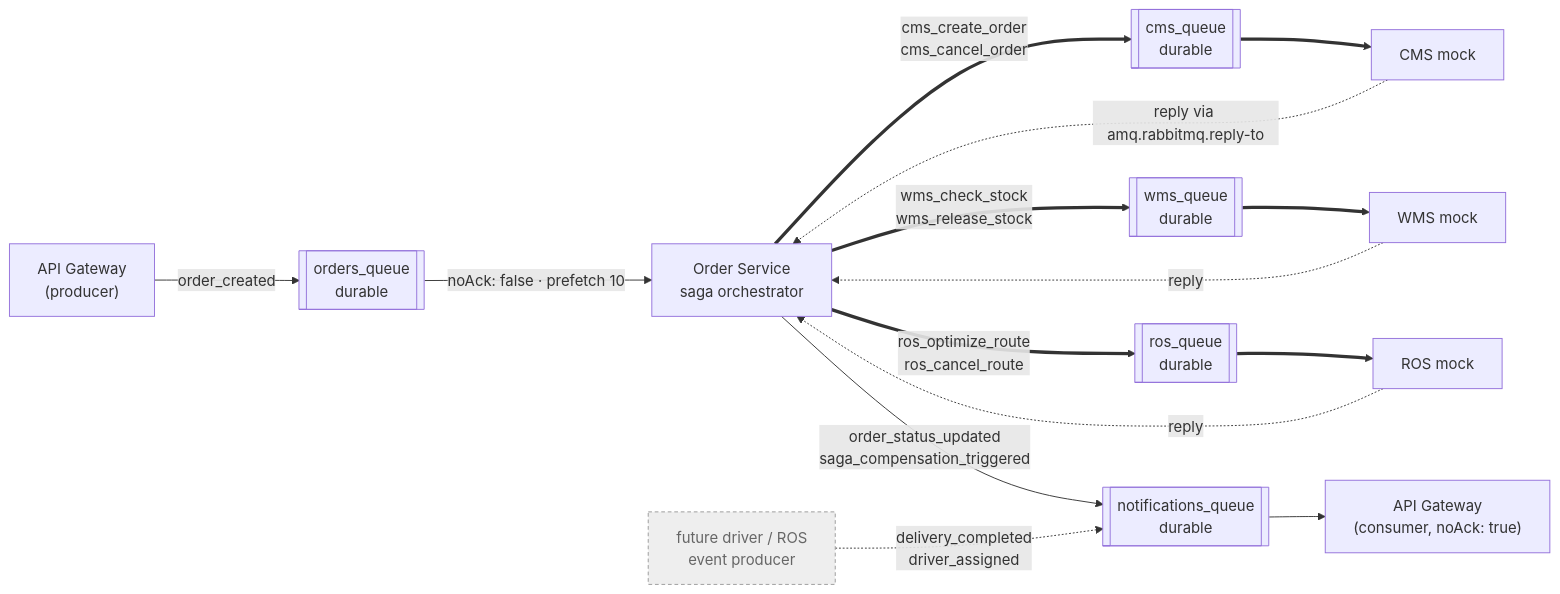
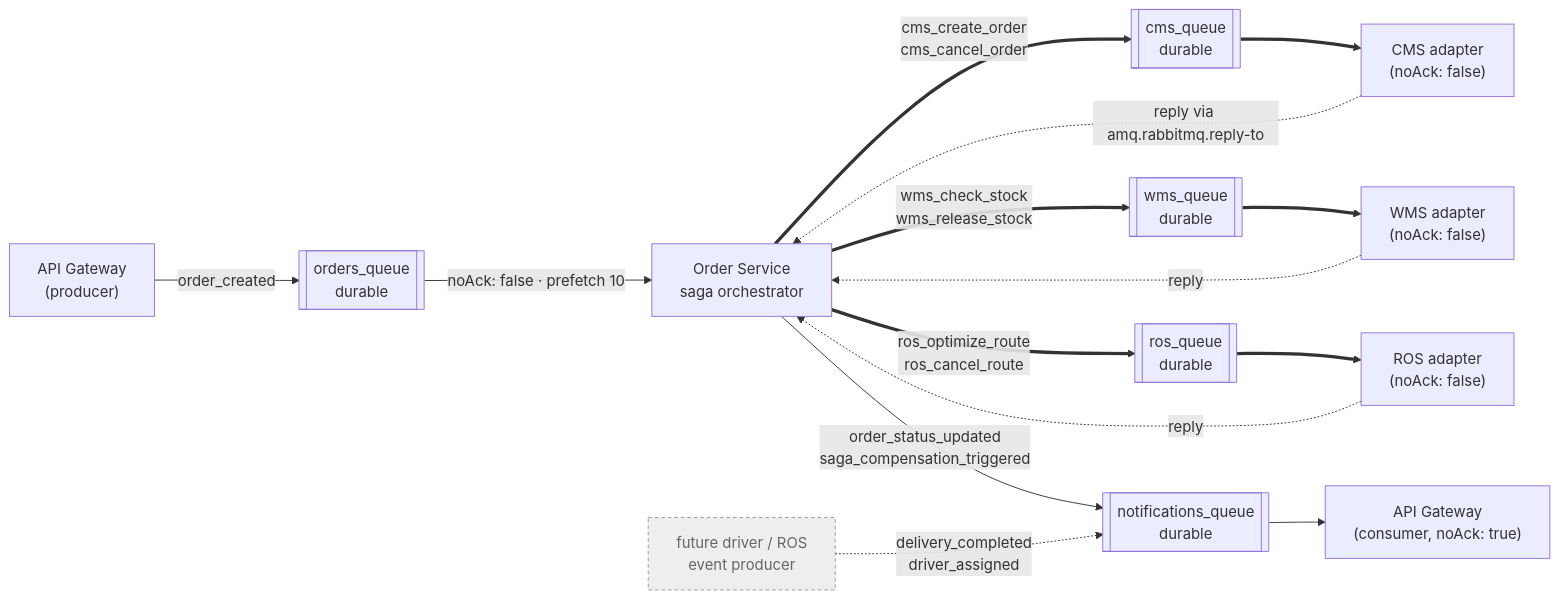
Before and after one commit to bimsarajay03/swiftrk: the third of 18 diagrams in docs/diagram.md, drawn with Mermaid. The commit also changed other lines of this file and 3 other files, not shown here.

````diff
--- a/docs/diagram.md
+++ b/docs/diagram.md
@@ -132,37 +143,37 @@
 ```mermaid
 flowchart LR
     GW_P["API Gateway<br/>(producer)"]
     OS["Order Service<br/>saga orchestrator"]
     GW_C["API Gateway<br/>(consumer, noAck: true)"]
 
     Q1[["orders_queue<br/>durable"]]
     Q2[["cms_queue<br/>durable"]]
     Q3[["wms_queue<br/>durable"]]
     Q4[["ros_queue<br/>durable"]]
     Q5[["notifications_queue<br/>durable"]]
 
-    CMS["CMS mock"]
-    WMS["WMS mock"]
-    ROS["ROS mock"]
+    CMS["CMS adapter<br/>(noAck: false)"]
+    WMS["WMS adapter<br/>(noAck: false)"]
+    ROS["ROS adapter<br/>(noAck: false)"]
     FUT["future driver / ROS<br/>event producer"]:::future
 
     GW_P -- "order_created" --> Q1
     Q1 -- "noAck: false · prefetch 10" --> OS
 
     OS == "cms_create_order<br/>cms_cancel_order" ==> Q2
     Q2 ==> CMS
     OS == "wms_check_stock<br/>wms_release_stock" ==> Q3
     Q3 ==> WMS
     OS == "ros_optimize_route<br/>ros_cancel_route" ==> Q4
     Q4 ==> ROS
 
     CMS -. "reply via amq.rabbitmq.reply-to" .-> OS
     WMS -. "reply" .-> OS
     ROS -. "reply" .-> OS
 
     OS -- "order_status_updated<br/>saga_compensation_triggered" --> Q5
     FUT -. "delivery_completed<br/>driver_assigned" .-> Q5
     Q5 --> GW_C
 
     classDef future fill:#eee,stroke:#999,stroke-dasharray: 4 3,color:#666
 ```
````
